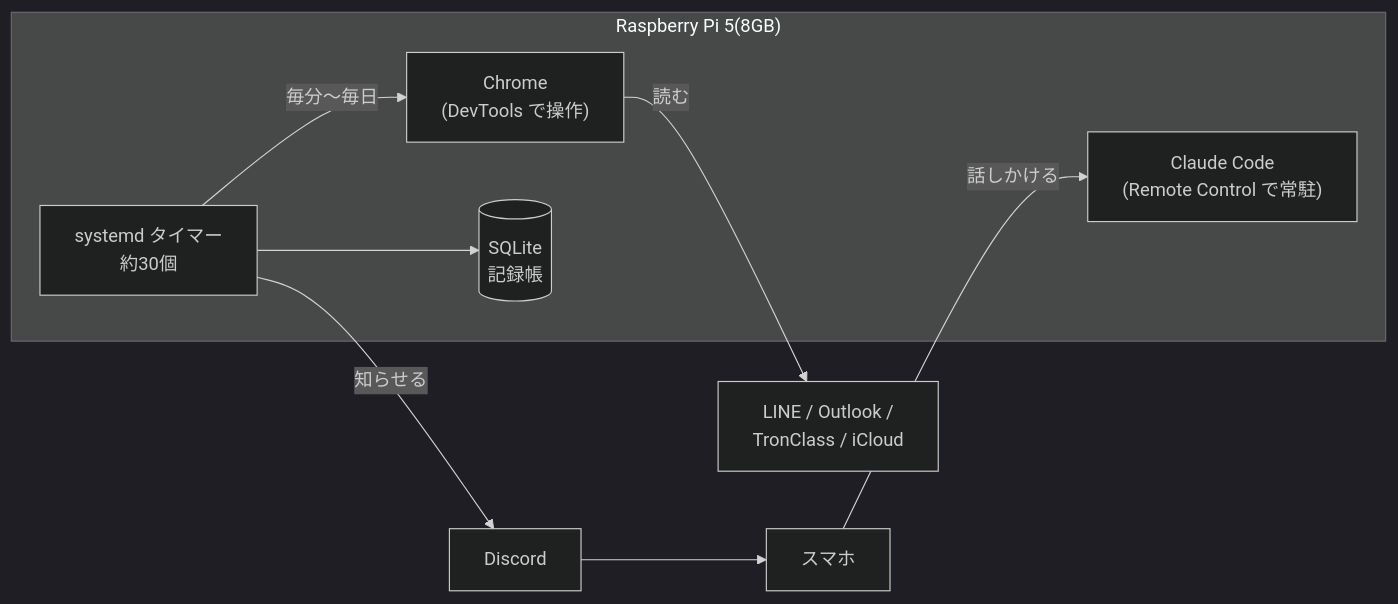
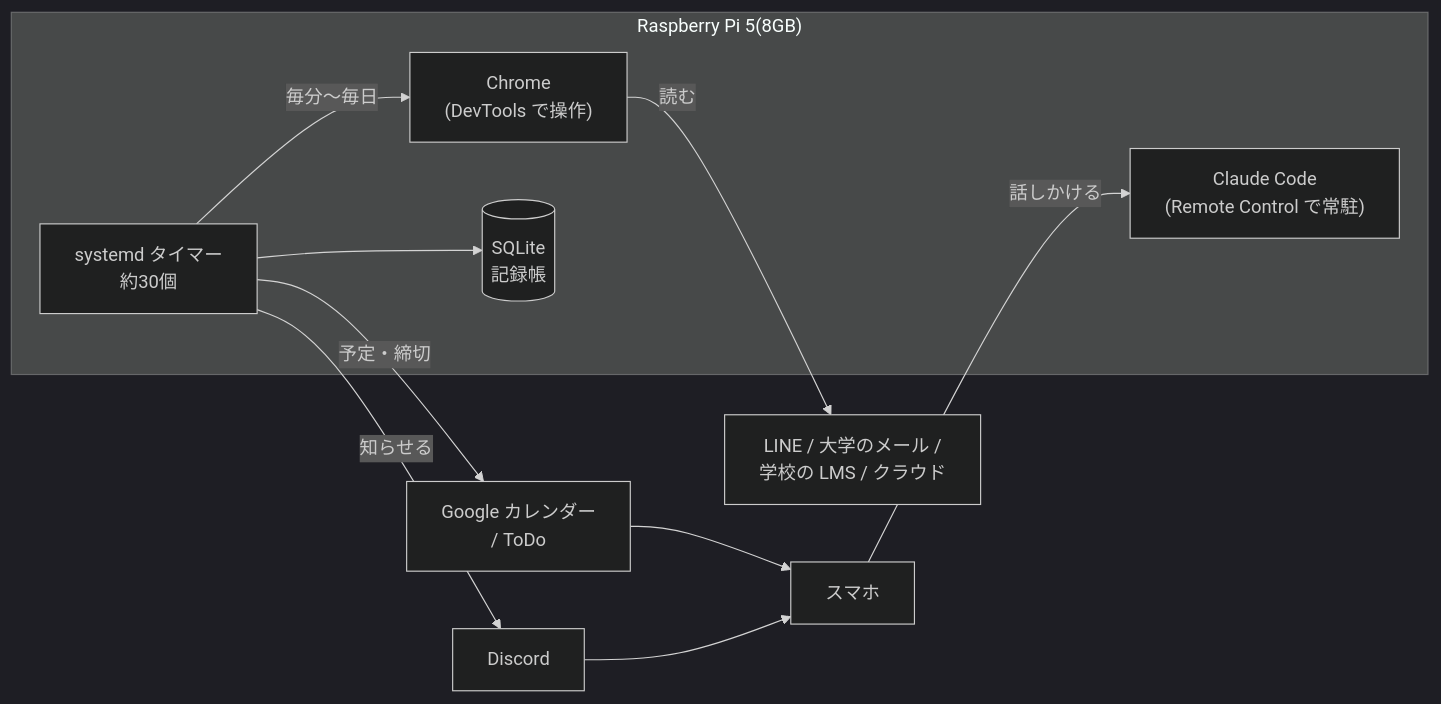
One commit to hotarulab-ai/zenn-content changed the diagram in articles/raspi5-ai-secretary-hotaru.md. Above: the diagram before and after it, drawn with Mermaid (dark theme). The commit also changed other lines of this file, not shown here.

````diff
--- a/articles/raspi5-ai-secretary-hotaru.md
+++ b/articles/raspi5-ai-secretary-hotaru.md
@@ -28,15 +32,17 @@
 ```mermaid
 flowchart LR
   subgraph Pi["Raspberry Pi 5(8GB)"]
     CC["Claude Code<br>(Remote Control で常駐)"]
     T["systemd タイマー<br>約30個"]
     CH["Chrome<br>(DevTools で操作)"]
     DB[("SQLite<br>記録帳")]
   end
   Phone["スマホ"] -- 話しかける --> CC
   T -- 毎分〜毎日 --> CH
-  CH -- 読む --> SRC["LINE / Outlook /<br>TronClass / iCloud"]
+  CH -- 読む --> SRC["LINE / 大学のメール /<br>学校の LMS / クラウド"]
   T --> DB
   T -- 知らせる --> DC["Discord"]
+  T -- 予定・締切 --> GC["Google カレンダー<br>/ ToDo"]
+  GC --> Phone
   DC --> Phone
 ```
````
